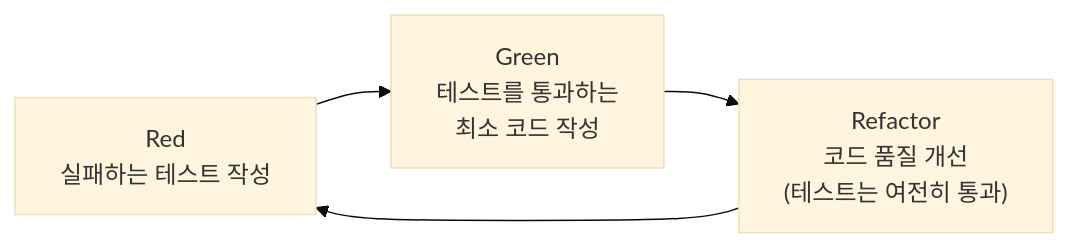
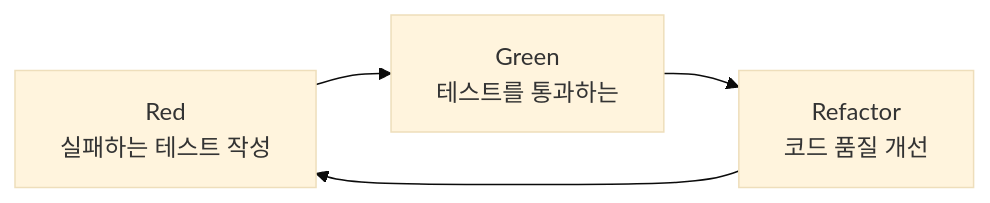
Before and after one commit to yjkim2015/yjkim2015.github.io: the first of 2 diagrams in _posts/test/2026-05-02-tdd-guide.md, drawn with Mermaid (base theme). The commit also changed other lines of this file and 271 other files, not shown here.

First line of the commit message:
Mermaid 라벨 축소: 긴 노드 텍스트 18자 이하로 트림 + \n 제거

````diff
--- a/_posts/test/2026-05-02-tdd-guide.md
+++ b/_posts/test/2026-05-02-tdd-guide.md
@@ -16,6 +16,6 @@
 ```mermaid
 graph LR
-    Red["Red\n실패하는 테스트 작성"] --> Green["Green\n테스트를 통과하는\n최소 코드 작성"]
-    Green --> Refactor["Refactor\n코드 품질 개선\n(테스트는 여전히 통과)"]
+    Red["Red\n실패하는 테스트 작성"] --> Green["Green\n테스트를 통과하는\n"]
+    Green --> Refactor["Refactor\n코드 품질 개선"]
     Refactor --> Red
 ```
````
